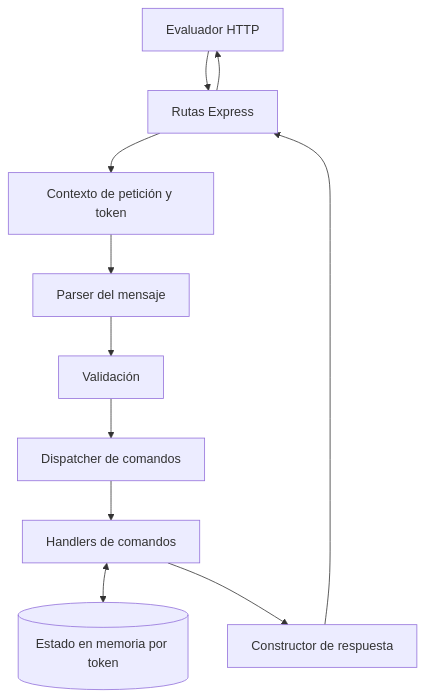
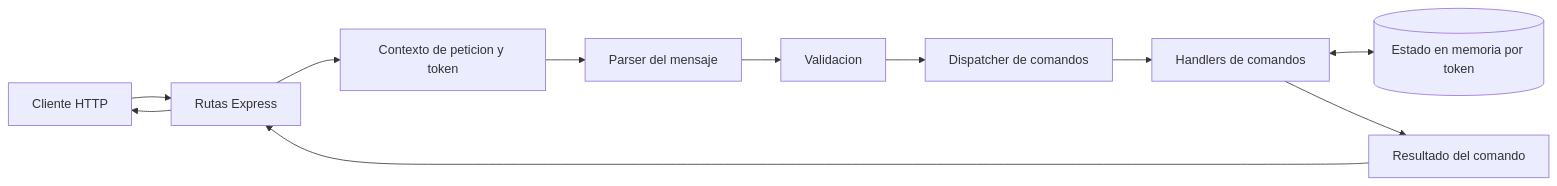
One commit to ZenenContreras/FrontierHackathon changed the second of 4 diagrams in docs/ARCHITECTURE.md. Above: the diagram before and after it, drawn with Mermaid. The commit also changed other lines of this file, not shown here.

Commit message:
docs: Revise ARCHITECTURE.md to detail the request flow, internal components, and development laboratory; update diagrams for clarity and accuracy

````diff
--- a/docs/ARCHITECTURE.md
+++ b/docs/ARCHITECTURE.md
@@ -7,23 +45,13 @@
 ```mermaid
-flowchart TB
-    Client[Evaluador HTTP]
-    Routes[Rutas Express]
-    Context[Contexto de petición y token]
-    Parser[Parser del mensaje]
-    Validator[Validación]
-    Dispatcher[Dispatcher de comandos]
-    Commands[Handlers de comandos]
-    Store[(Estado en memoria por token)]
-    Response[Constructor de respuesta]
-
-    Client --> Routes
-    Routes --> Context
-    Context --> Parser
-    Parser --> Validator
-    Validator --> Dispatcher
-    Dispatcher --> Commands
-    Commands <--> Store
-    Commands --> Response
-    Response --> Routes
+flowchart LR
+    Client[Cliente HTTP] --> Routes[Rutas Express]
+    Routes --> Context[Contexto de peticion y token]
+    Context --> Parser[Parser del mensaje]
+    Parser --> Validator[Validacion]
+    Validator --> Dispatcher[Dispatcher de comandos]
+    Dispatcher --> Handlers[Handlers de comandos]
+    Handlers <--> Store[(Estado en memoria por token)]
+    Handlers --> Result[Resultado del comando]
+    Result --> Routes
     Routes --> Client
 ```
````
